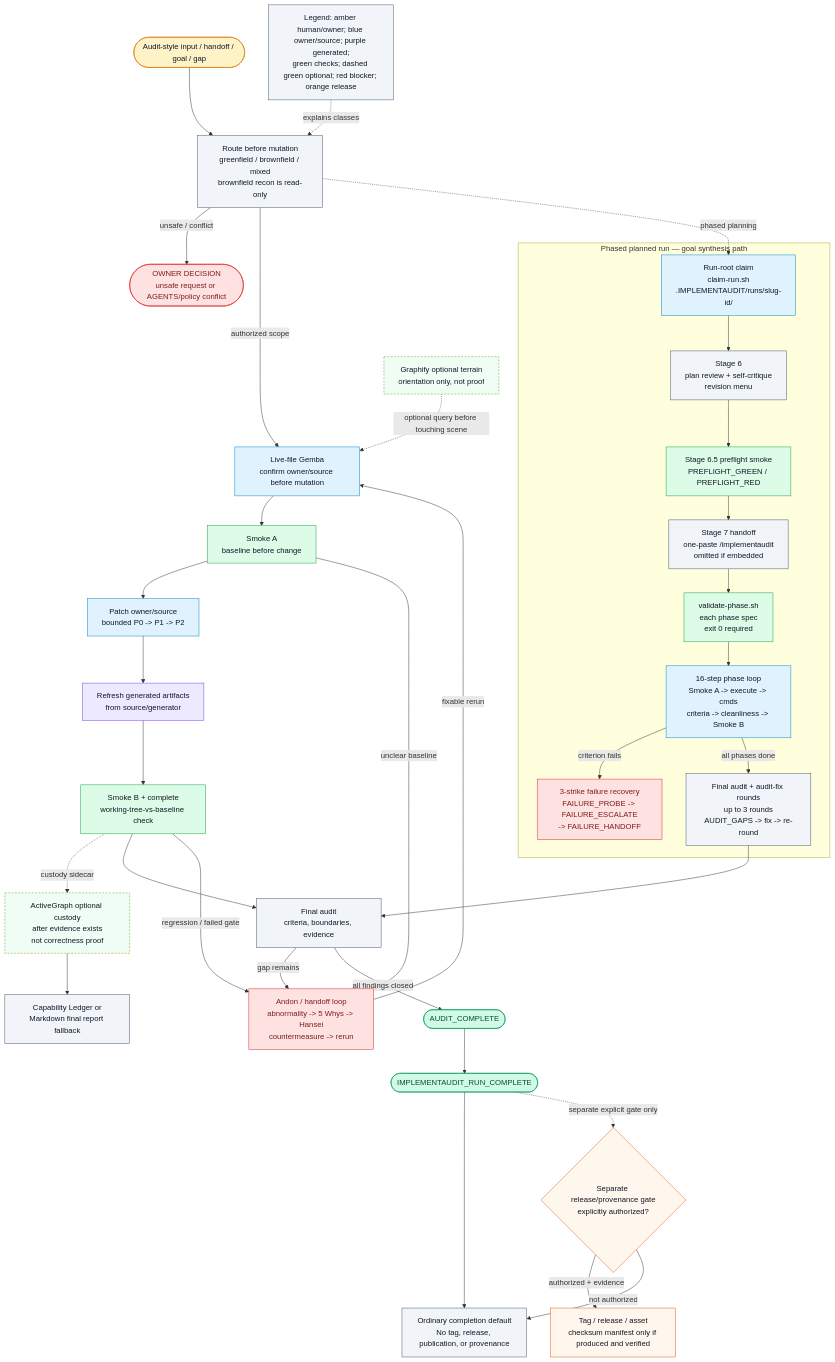
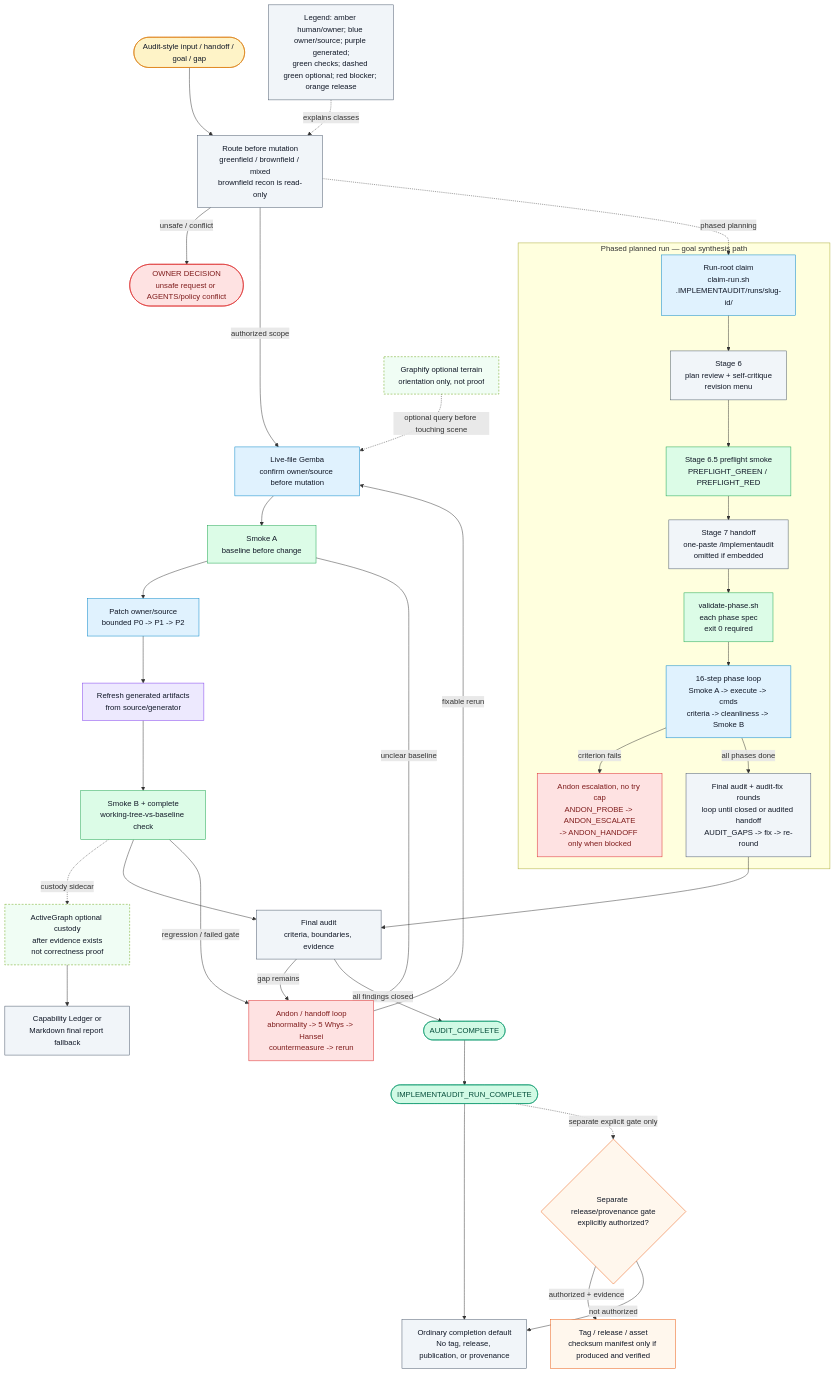
One commit to theislampill/IMPLEMENTAUDIT.md changed the third of 3 diagrams in README.md. Above: the diagram before and after it, drawn with Mermaid. The commit also changed other lines of this file and 78 other files, not shown here.

````diff
--- a/README.md
+++ b/README.md
@@ -373,68 +413,68 @@
 ```mermaid
 flowchart TD
   Input(["Audit-style input / handoff / goal / gap"]):::human
   Route["Route before mutation<br/>greenfield / brownfield / mixed<br/>brownfield recon is read-only"]:::audit
   OwnerDecision(["OWNER DECISION<br/>unsafe request or AGENTS/policy conflict"]):::blocker
 
   Graphify["Graphify optional terrain<br/>orientation only, not proof"]:::optional
   Gemba["Live-file Gemba<br/>confirm owner/source before mutation"]:::source
   SmokeA["Smoke A<br/>baseline before change"]:::checker
   Patch["Patch owner/source<br/>bounded P0 -> P1 -> P2"]:::source
   Generated["Refresh generated artifacts<br/>from source/generator"]:::generated
   SmokeB["Smoke B + complete<br/>working-tree-vs-baseline check"]:::checker
 
   ActiveGraph["ActiveGraph optional custody<br/>after evidence exists<br/>not correctness proof"]:::optional
   Ledger["Capability Ledger or<br/>Markdown final report fallback"]:::audit
 
   Andon["Andon / handoff loop<br/>abnormality -> 5 Whys -> Hansei<br/>countermeasure -> rerun"]:::blocker
   Final["Final audit<br/>criteria, boundaries, evidence"]:::audit
   AuditDone(["AUDIT_COMPLETE"]):::success
   RunDone(["IMPLEMENTAUDIT_RUN_COMPLETE"]):::success
   NoRelease["Ordinary completion default<br/>No tag, release, publication, or provenance"]:::audit
   ReleaseGate{"Separate release/provenance gate<br/>explicitly authorized?"}:::release
   Release["Tag / release / asset<br/>checksum manifest only if produced and verified"]:::release
   Legend["Legend: amber human/owner; blue owner/source; purple generated;<br/>green checks; dashed green optional; red blocker; orange release"]:::audit
 
   subgraph PhasedRun["Phased planned run — goal synthesis path"]
     RunRoot["Run-root claim<br/>claim-run.sh<br/>.IMPLEMENTAUDIT/runs/slug-id/"]:::source
     Stage6["Stage 6<br/>plan review + self-critique<br/>revision menu"]:::audit
     Stage65["Stage 6.5 preflight smoke<br/>PREFLIGHT_GREEN / PREFLIGHT_RED"]:::checker
     Stage7["Stage 7 handoff<br/>one-paste /implementaudit<br/>omitted if embedded"]:::audit
     PhaseSpec["validate-phase.sh<br/>each phase spec<br/>exit 0 required"]:::checker
     PhaseLoop["16-step phase loop<br/>Smoke A -> execute -> cmds<br/>criteria -> cleanliness -> Smoke B"]:::source
-    Recovery["3-strike failure recovery<br/>FAILURE_PROBE -> FAILURE_ESCALATE<br/>-> FAILURE_HANDOFF"]:::blocker
-    AuditFix["Final audit + audit-fix rounds<br/>up to 3 rounds<br/>AUDIT_GAPS -> fix -> re-round"]:::audit
+    Recovery["Andon escalation, no try cap<br/>ANDON_PROBE -> ANDON_ESCALATE<br/>-> ANDON_HANDOFF only when blocked"]:::blocker
+    AuditFix["Final audit + audit-fix rounds<br/>loop until closed or audited handoff<br/>AUDIT_GAPS -> fix -> re-round"]:::audit
     RunRoot --> Stage6 --> Stage65 --> Stage7 --> PhaseSpec --> PhaseLoop
     PhaseLoop -->|criterion fails| Recovery
     PhaseLoop -->|all phases done| AuditFix
   end
 
   Input --> Route
   Route -->|unsafe / conflict| OwnerDecision
   Route -->|authorized scope| Gemba
   Route -. phased planning .-> RunRoot
   AuditFix --> Final
   Graphify -. optional query before touching scene .-> Gemba
   Gemba --> SmokeA --> Patch --> Generated --> SmokeB
   SmokeB -. custody sidecar .-> ActiveGraph --> Ledger
   SmokeB --> Final
   SmokeA -->|unclear baseline| Andon
   SmokeB -->|regression / failed gate| Andon
   Final -->|gap remains| Andon
   Andon -->|fixable rerun| Gemba
   Final -->|all findings closed| AuditDone --> RunDone --> NoRelease
   RunDone -. separate explicit gate only .-> ReleaseGate
   ReleaseGate -->|authorized + evidence| Release
   ReleaseGate -->|not authorized| NoRelease
   Legend -. explains classes .-> Route
 
   classDef human fill:#fef3c7,stroke:#d97706,color:#111827
   classDef source fill:#e0f2fe,stroke:#0284c7,color:#111827
   classDef generated fill:#ede9fe,stroke:#7c3aed,color:#111827
   classDef checker fill:#dcfce7,stroke:#16a34a,color:#111827
   classDef audit fill:#f1f5f9,stroke:#475569,color:#111827
   classDef optional fill:#f0fdf4,stroke:#65a30d,color:#111827,stroke-dasharray: 4 3
   classDef release fill:#fff7ed,stroke:#ea580c,color:#111827
   classDef success fill:#d1fae5,stroke:#059669,color:#064e3b
   classDef blocker fill:#fee2e2,stroke:#dc2626,color:#7f1d1d
 ```
````
